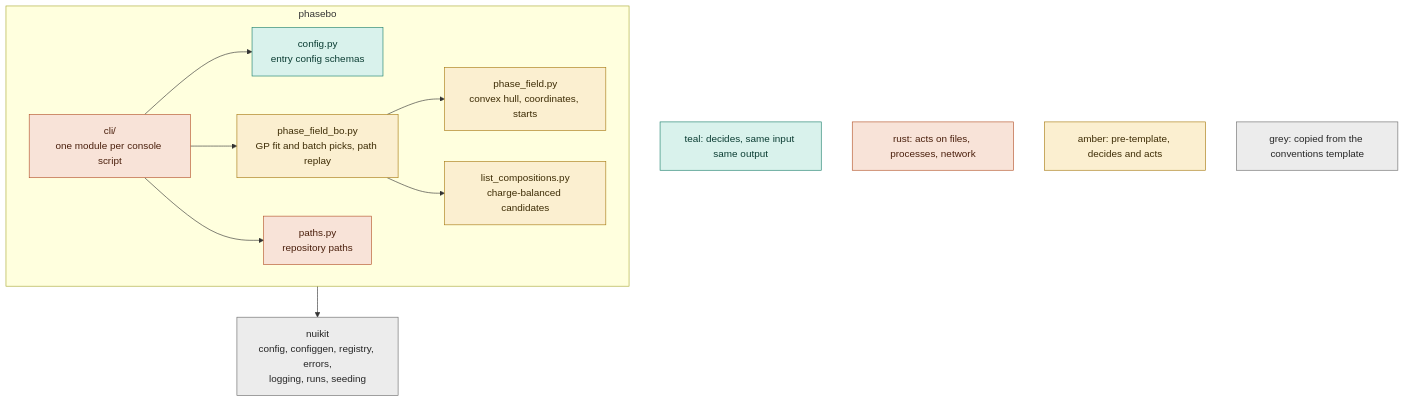
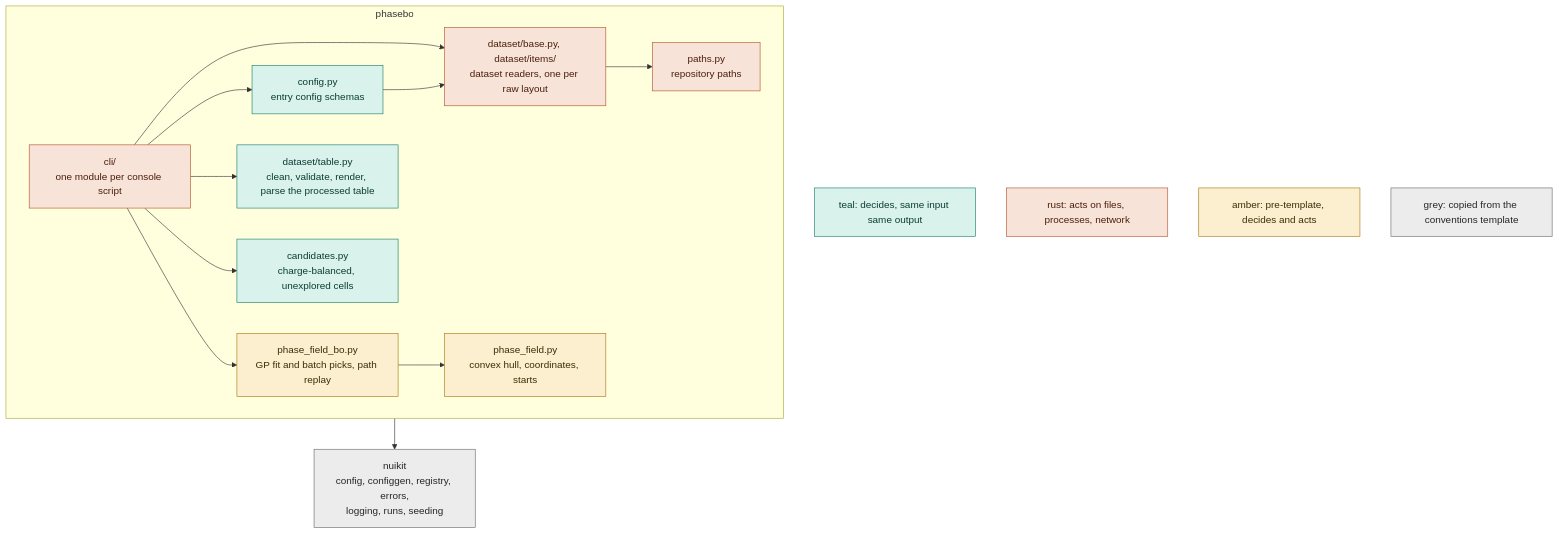
One commit to nuinashco/PhaseBO changed the first of 2 diagrams in CONTRIBUTING.md. Above: the diagram before and after it, drawn with Mermaid. The commit also changed other lines of this file and 44 other files, not shown here.

Commit message:
feat(data): read raw datasets into committed processed tables

````diff
--- a/CONTRIBUTING.md
+++ b/CONTRIBUTING.md
@@ -9,26 +9,31 @@
 ```mermaid
 flowchart TD
     subgraph project["phasebo"]
         cli["cli/<br/>one module per console script"]:::side
         config["config.py<br/>entry config schemas"]:::pure
         bo["phase_field_bo.py<br/>GP fit and batch picks, path replay"]:::legacy
         field["phase_field.py<br/>convex hull, coordinates, starts"]:::legacy
-        compositions["list_compositions.py<br/>charge-balanced candidates"]:::legacy
+        readers["dataset/base.py, dataset/items/<br/>dataset readers, one per raw layout"]:::side
+        table["dataset/table.py<br/>clean, validate, render, parse the processed table"]:::pure
+        candidates["candidates.py<br/>charge-balanced, unexplored cells"]:::pure
         paths["paths.py<br/>repository paths"]:::side
         cli --> config
         cli --> bo
-        cli --> paths
+        cli --> table
+        cli --> readers
+        cli --> candidates
+        config --> readers
         bo --> field
-        bo --> compositions
+        readers --> paths
     end
     nuikit["nuikit<br/>config, configgen, registry, errors,<br/>logging, runs, seeding"]:::kit
     project --> nuikit
     pure["teal: decides, same input same output"]:::pure
     side["rust: acts on files, processes, network"]:::side
     legacy["amber: pre-template, decides and acts"]:::legacy
     kit["grey: copied from the conventions template"]:::kit
     classDef pure fill:#d9f2ec,stroke:#1b7f6b,color:#0b3d33
     classDef side fill:#f8e3d8,stroke:#b4532a,color:#4a1f0c
     classDef legacy fill:#fbefd0,stroke:#a77a12,color:#3d2c05
     classDef kit fill:#ececec,stroke:#6b6b6b,color:#262626
 ```
````
